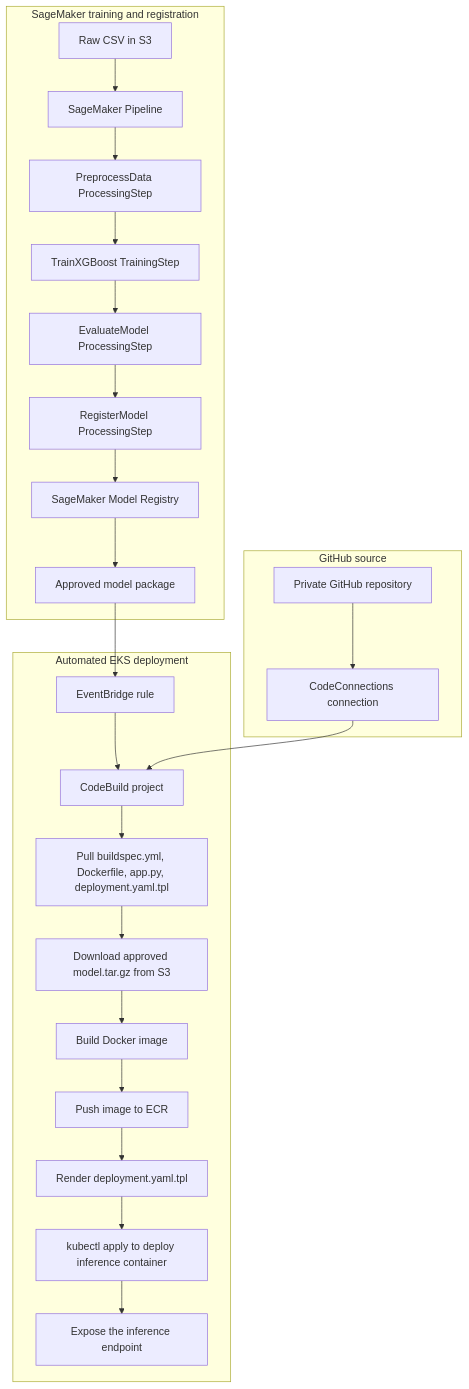
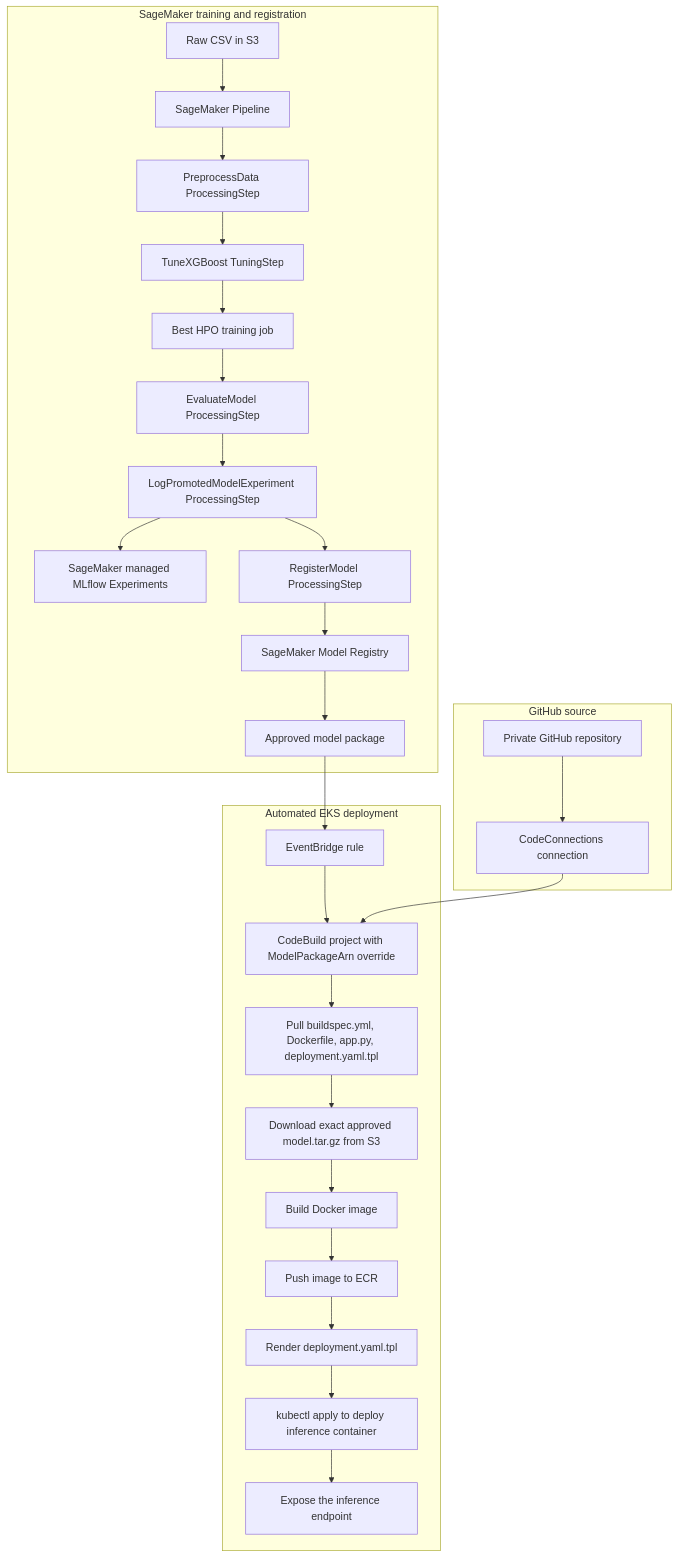
Before and after one commit to garystafford/xgboost-sagemaker-eks-demo-public: the diagram in README.md, drawn with Mermaid. The commit also changed other lines of this file and 7 other files, not shown here.

Commit message:
Add SageMaker HPO experiment logging

````diff
--- a/README.md
+++ b/README.md
@@ -66,31 +71,34 @@
 ```mermaid
 flowchart TD
     subgraph Training["SageMaker training and registration"]
         A["Raw CSV in S3"] --> B["SageMaker Pipeline"]
         B --> C["PreprocessData ProcessingStep"]
-        C --> D["TrainXGBoost TrainingStep"]
-        D --> E["EvaluateModel ProcessingStep"]
-        E --> F["RegisterModel ProcessingStep"]
-        F --> G["SageMaker Model Registry"]
-        G --> H["Approved model package"]
+        C --> D["TuneXGBoost TuningStep"]
+        D --> E["Best HPO training job"]
+        E --> F["EvaluateModel ProcessingStep"]
+        F --> G["LogPromotedModelExperiment ProcessingStep"]
+        G --> H["SageMaker managed MLflow Experiments"]
+        G --> I["RegisterModel ProcessingStep"]
+        I --> J["SageMaker Model Registry"]
+        J --> K["Approved model package"]
     end
 
     subgraph Source["GitHub source"]
         S1["Private GitHub repository"]
         S2["CodeConnections connection"]
         S1 --> S2
     end
 
     subgraph Deploy["Automated EKS deployment"]
-        H --> I["EventBridge rule"]
-        I --> J["CodeBuild project"]
-        S2 --> J
-        J --> K["Pull buildspec.yml, Dockerfile, app.py, deployment.yaml.tpl"]
-        K --> L["Download approved model.tar.gz from S3"]
-        L --> M["Build Docker image"]
-        M --> N["Push image to ECR"]
-        N --> O["Render deployment.yaml.tpl"]
-        O --> P["kubectl apply to deploy inference container"]
-        P --> Q["Expose the inference endpoint"]
+        K --> L["EventBridge rule"]
+        L --> M["CodeBuild project with ModelPackageArn override"]
+        S2 --> M
+        M --> N["Pull buildspec.yml, Dockerfile, app.py, deployment.yaml.tpl"]
+        N --> O["Download exact approved model.tar.gz from S3"]
+        O --> P["Build Docker image"]
+        P --> Q["Push image to ECR"]
+        Q --> R["Render deployment.yaml.tpl"]
+        R --> S["kubectl apply to deploy inference container"]
+        S --> T["Expose the inference endpoint"]
     end
 ```
````
